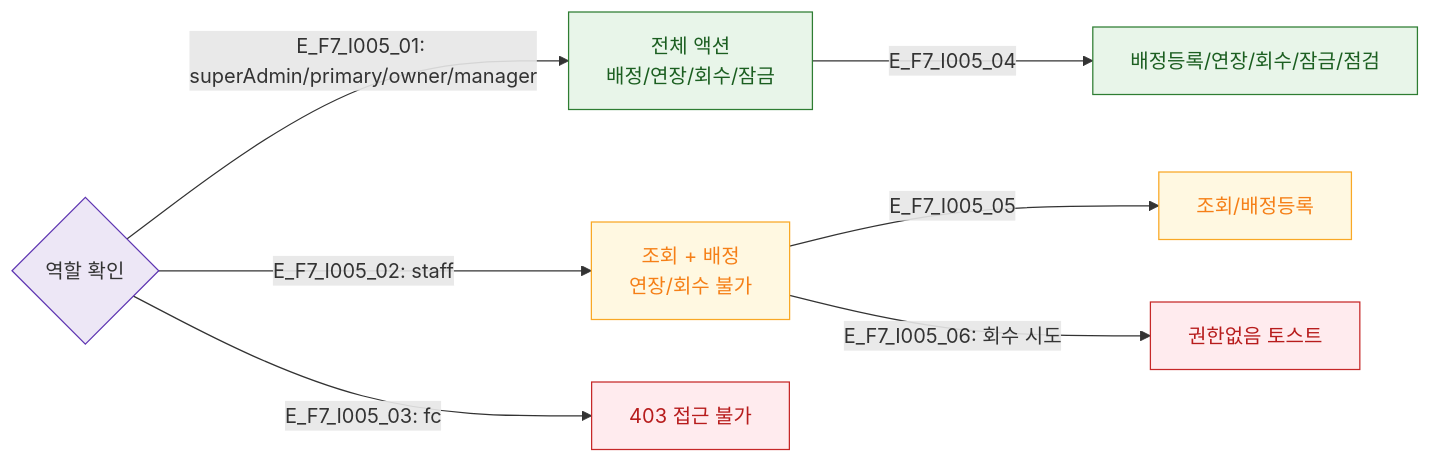
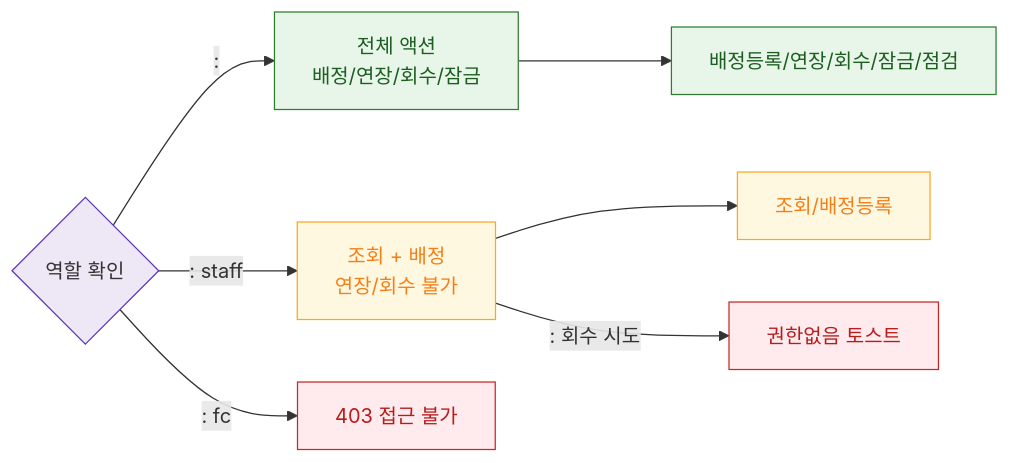
One commit to dev-spogym/admin-pando changed the diagram in docs/다이어그램/D11_통합운영/SCR-I005_고정물품락커관리/F7_권한.md. Above: the diagram before and after it, drawn with Mermaid. The commit also changed other lines of this file and 1660 other files, not shown here.

First line of the commit message:
다이어그램: 기획자/클라이언트 납품본으로 정리

````diff
--- a/docs/다이어그램/D11_통합운영/SCR-I005_고정물품락커관리/F7_권한.md
+++ b/docs/다이어그램/D11_통합운영/SCR-I005_고정물품락커관리/F7_권한.md
@@ -16,20 +14,20 @@
 ```mermaid
 flowchart LR
     ROLE{역할 확인}
-    ROLE -->|"E_F7_I005_01: superAdmin/primary/owner/manager"| FULL[전체 액션\n배정/연장/회수/잠금]
-    ROLE -->|"E_F7_I005_02: staff"| LIMITED[조회 + 배정\n연장/회수 불가]
-    ROLE -->|"E_F7_I005_03: fc"| BLOCKED[403 접근 불가]
+    ROLE -->|": "|FULL[전체 액션\n배정/연장/회수/잠금]
+    ROLE -->|": staff"|LIMITED[조회 + 배정\n연장/회수 불가]
+    ROLE -->|": fc"|BLOCKED[403 접근 불가]
 
-    FULL -->|E_F7_I005_04| ACT_ALL[배정등록/연장/회수/잠금/점검]
-    LIMITED -->|E_F7_I005_05| ACT_BASIC[조회/배정등록]
-    LIMITED -->|"E_F7_I005_06: 회수 시도"| TOAST_BLOCKED[권한없음 토스트]
+    FULL --> ACT_ALL[배정등록/연장/회수/잠금/점검]
+    LIMITED --> ACT_BASIC[조회/배정등록]
+    LIMITED -->|": 회수 시도"|TOAST_BLOCKED[권한없음 토스트]
 
-    classDef success      fill:#E8F5E9,stroke:#2E7D32,color:#1B5E20
-    classDef warning      fill:#FFF8E1,stroke:#F9A825,color:#F57F17
-    classDef error        fill:#FFEBEE,stroke:#C62828,color:#B71C1C
-    classDef system       fill:#EDE7F6,stroke:#5E35B2
+    classDef success fill:#E8F5E9,stroke:#2E7D32,color:#1B5E20
+    classDef warning fill:#FFF8E1,stroke:#F9A825,color:#F57F17
+    classDef error fill:#FFEBEE,stroke:#C62828,color:#B71C1C
+    classDef system fill:#EDE7F6,stroke:#5E35B2
     class FULL,ACT_ALL success
     class LIMITED,ACT_BASIC warning
     class BLOCKED,TOAST_BLOCKED error
     class ROLE system
 ```
````
